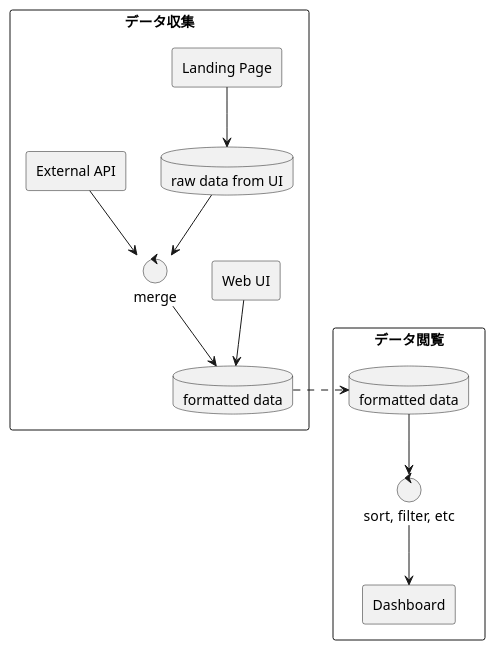
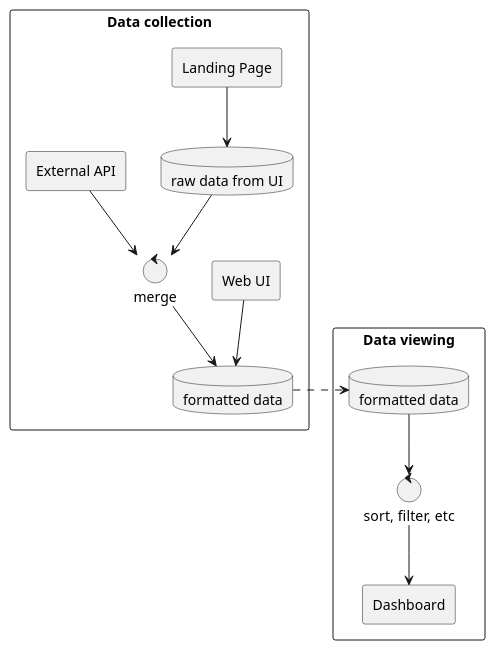
The diagram in dataflow-diagrams/domains/function/dfd.pu (na2mene/system-design), drawn with PlantUML before and after one commit. The commit also changed 1 other file, not shown here.

```diff
--- a/dataflow-diagrams/domains/function/dfd.pu
+++ b/dataflow-diagrams/domains/function/dfd.pu
@@ -1,41 +1,41 @@
 @startuml some dfd
 
 ' How to express the DFD symbols
 ' https://www.lucidchart.com/blog/data-flow-diagram-tutorial#dfd-symbols
 '
 ' Process: `control`
 ' Data Store: `database`
 ' External Entity: `rectangle`
 ' Data Flow: `-->`, `->`
 '
-rectangle "データ収集" {
+rectangle "Data collection" {
   rectangle "Landing Page" as 0e.2
   rectangle "Web UI" as 0e.3
   rectangle "External API" as 0e.4
 
   control "merge" as 0c.2
 
   database "raw data from UI" as 0d.2
   database "formatted data" as 0d.3
 
   0e.2-->0d.2
   0d.2-->0c.2
   0e.4-->0c.2
   0c.2-->0d.3
   0e.3-->0d.3
 }
 
-rectangle "データ閲覧" {
+rectangle "Data viewing" {
   database "formatted data" as 1d.1
 
   control "sort, filter, etc" as 1c.1
 
   rectangle "Dashboard" as 1e.1
 
   1d.1-->1c.1
   1c.1-->1e.1
 }
 
 0d.3.>1d.1
 
 @enduml
```
